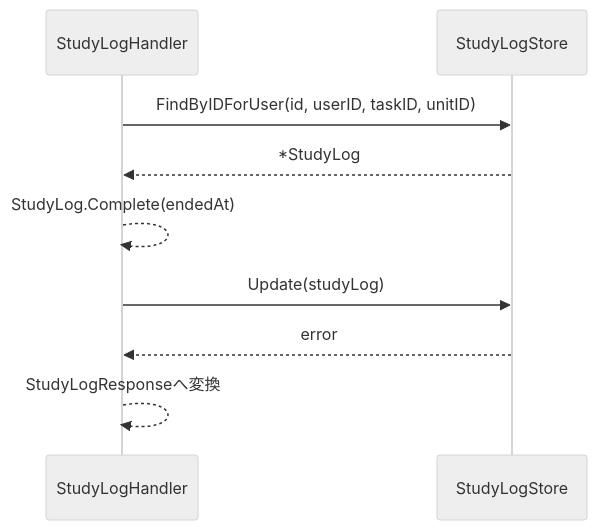
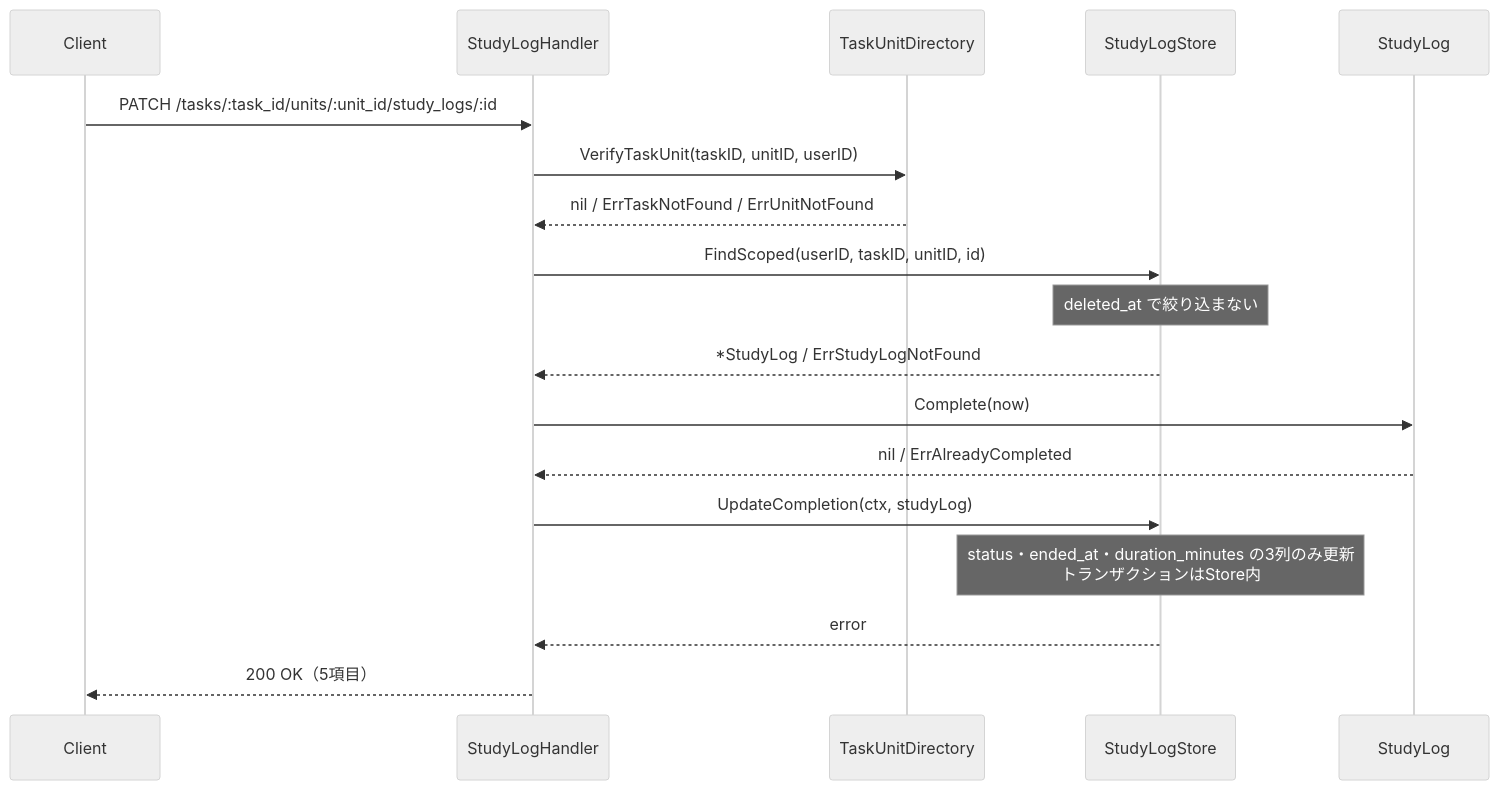
One commit to yuta20253/edu-platform-go-design changed the fourth of 5 diagrams in 計画書/Go実装仕様書/学習ログ機能_Go実装仕様書.md. Above: the diagram before and after it, drawn with Mermaid (neutral theme). The commit also changed other lines of this file, not shown here.

````diff
--- a/計画書/Go実装仕様書/学習ログ機能_Go実装仕様書.md
+++ b/計画書/Go実装仕様書/学習ログ機能_Go実装仕様書.md
@@ -284,12 +325,21 @@
 ```mermaid
 sequenceDiagram
+    participant C as Client
     participant H as StudyLogHandler
+    participant TUD as TaskUnitDirectory
     participant SLS as StudyLogStore
+    participant L as StudyLog
 
-    H->>SLS: FindByIDForUser(id, userID, taskID, unitID)
-    SLS-->>H: *StudyLog
-    H-->>H: StudyLog.Complete(endedAt)
-    H->>SLS: Update(studyLog)
+    C->>H: PATCH /tasks/:task_id/units/:unit_id/study_logs/:id
+    H->>TUD: VerifyTaskUnit(taskID, unitID, userID)
+    TUD-->>H: nil / ErrTaskNotFound / ErrUnitNotFound
+    H->>SLS: FindScoped(userID, taskID, unitID, id)
+    Note over SLS: deleted_at で絞り込まない
+    SLS-->>H: *StudyLog / ErrStudyLogNotFound
+    H->>L: Complete(now)
+    L-->>H: nil / ErrAlreadyCompleted
+    H->>SLS: UpdateCompletion(ctx, studyLog)
+    Note over SLS: status・ended_at・duration_minutes の3列のみ更新<br/>トランザクションはStore内
     SLS-->>H: error
-    H-->>H: StudyLogResponseへ変換
+    H-->>C: 200 OK（5項目）
 ```
````
